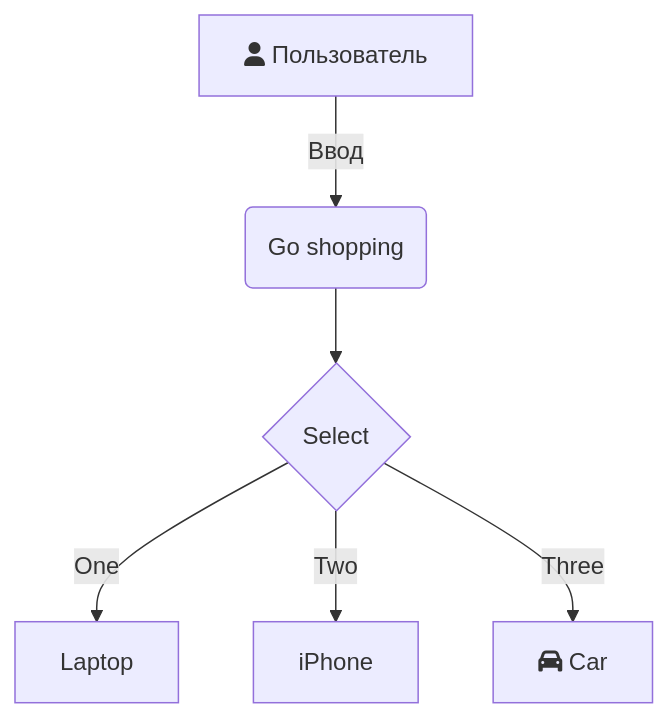
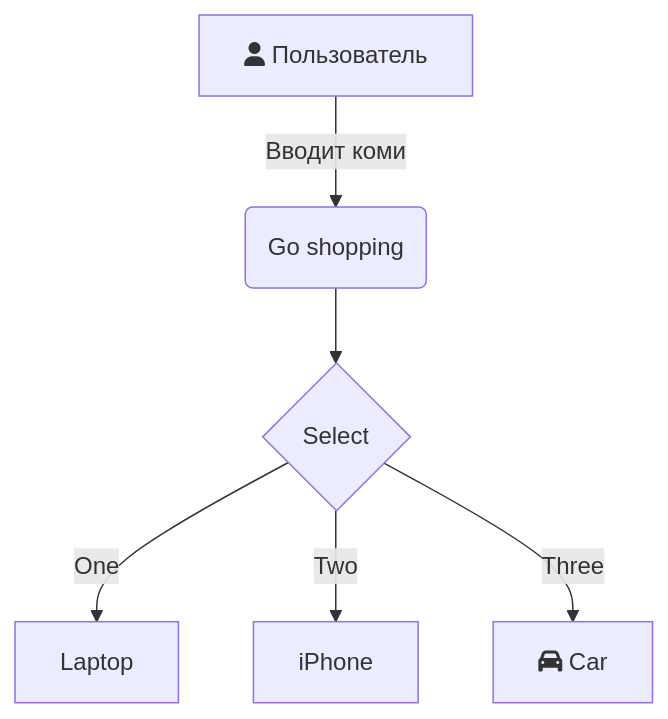
One commit to obsmotpk/iodraw-files changed the diagram in all/не называться.md. Above: the diagram before and after it, drawn with Mermaid.

Commit message:
2024-12-10 19:16:41 update

````diff
--- a/all/не называться.md
+++ b/all/не называться.md
@@ -1,8 +1,8 @@
 ```mermaid
 graph TD
-    A[fa:fa-user Пользователь] -->|Ввод| B(Go shopping)
+    A[fa:fa-user Пользователь] -->|Вводит коми| B(Go shopping)
     B --> C{Select}
     C -->|One| D[Laptop]
     C -->|Two| E[iPhone]
     C -->|Three| F[fa:fa-car Car]
 ```
````
